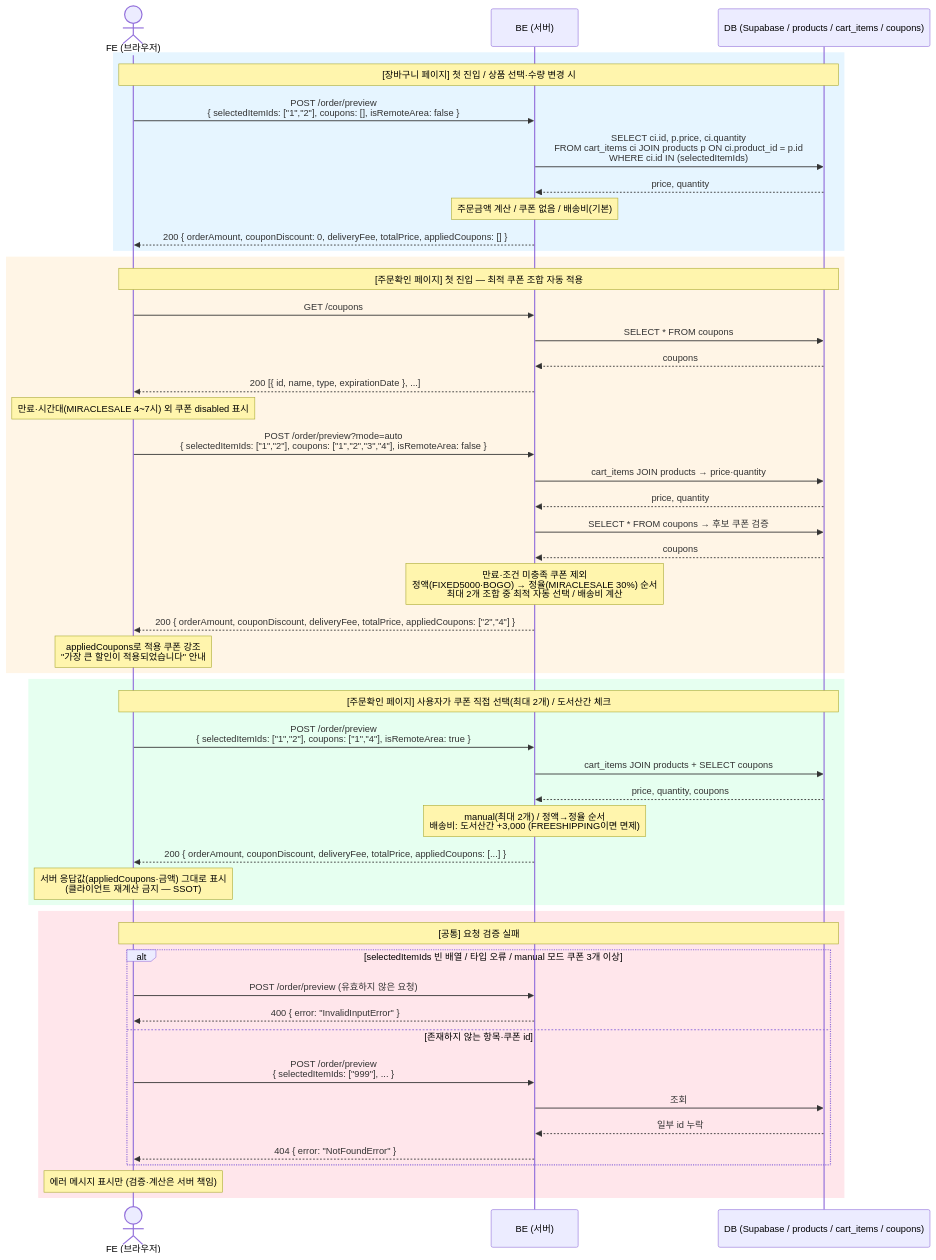
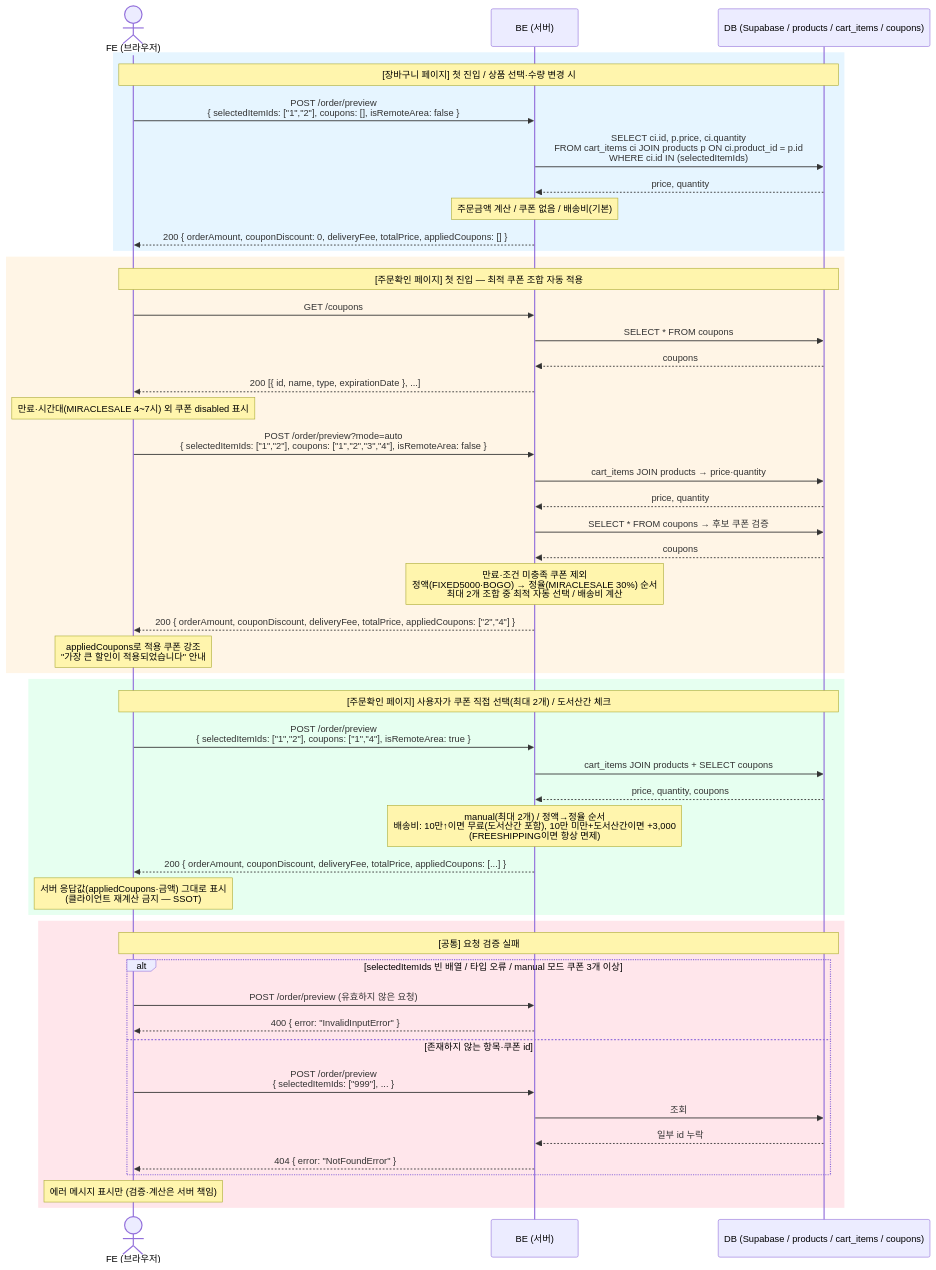
The diagram in docs/SEQUENCE-DIAGRAM.md (Eastar-DS/shopping-cart-full-stack), drawn with Mermaid before and after one commit. The commit also changed 2 other files, not shown here.

Commit message:
docs: 배송비 정책(10만 이상 도서산간 포함 무료) 명세·예시·다이어그램 정정

```diff
--- a/docs/SEQUENCE-DIAGRAM.md
+++ b/docs/SEQUENCE-DIAGRAM.md
@@ -56,7 +56,7 @@
         BE->>DB: cart_items JOIN products + SELECT coupons
         DB-->>BE: price, quantity, coupons
 
-        Note over BE: manual(최대 2개) / 정액→정율 순서<br/>배송비: 도서산간 +3,000 (FREESHIPPING이면 면제)
+        Note over BE: manual(최대 2개) / 정액→정율 순서<br/>배송비: 10만↑이면 무료(도서산간 포함), 10만 미만+도서산간이면 +3,000<br/>(FREESHIPPING이면 항상 면제)
 
         BE-->>FE: 200 { orderAmount, couponDiscount, deliveryFee, totalPrice, appliedCoupons: [...] }
         Note over FE: 서버 응답값(appliedCoupons·금액) 그대로 표시<br/>(클라이언트 재계산 금지 — SSOT)
```
